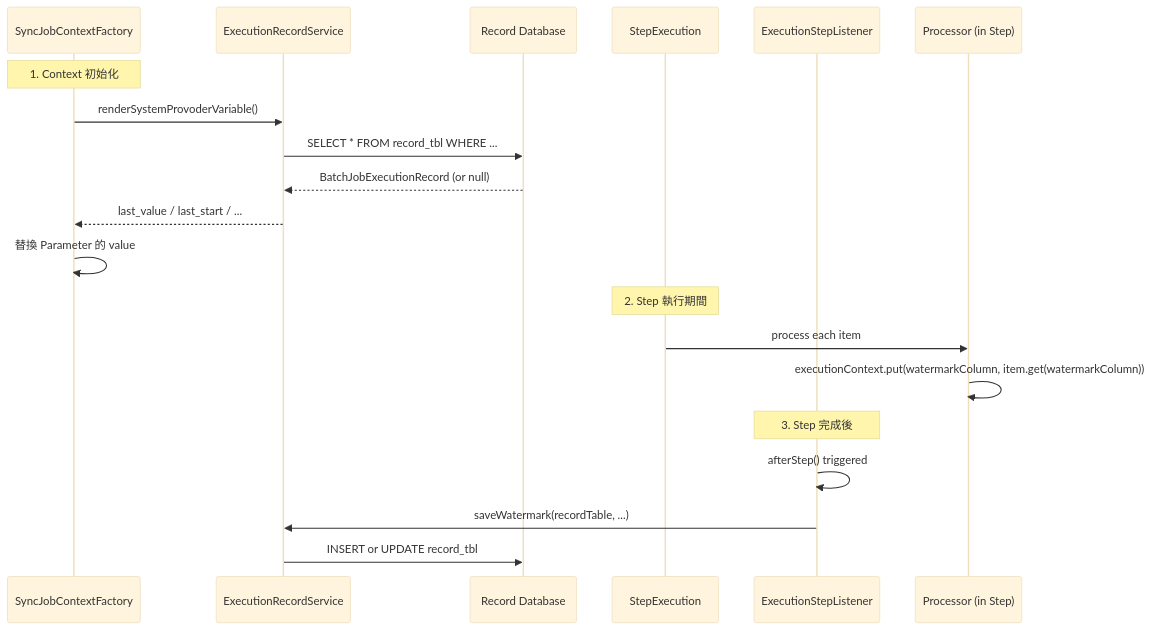
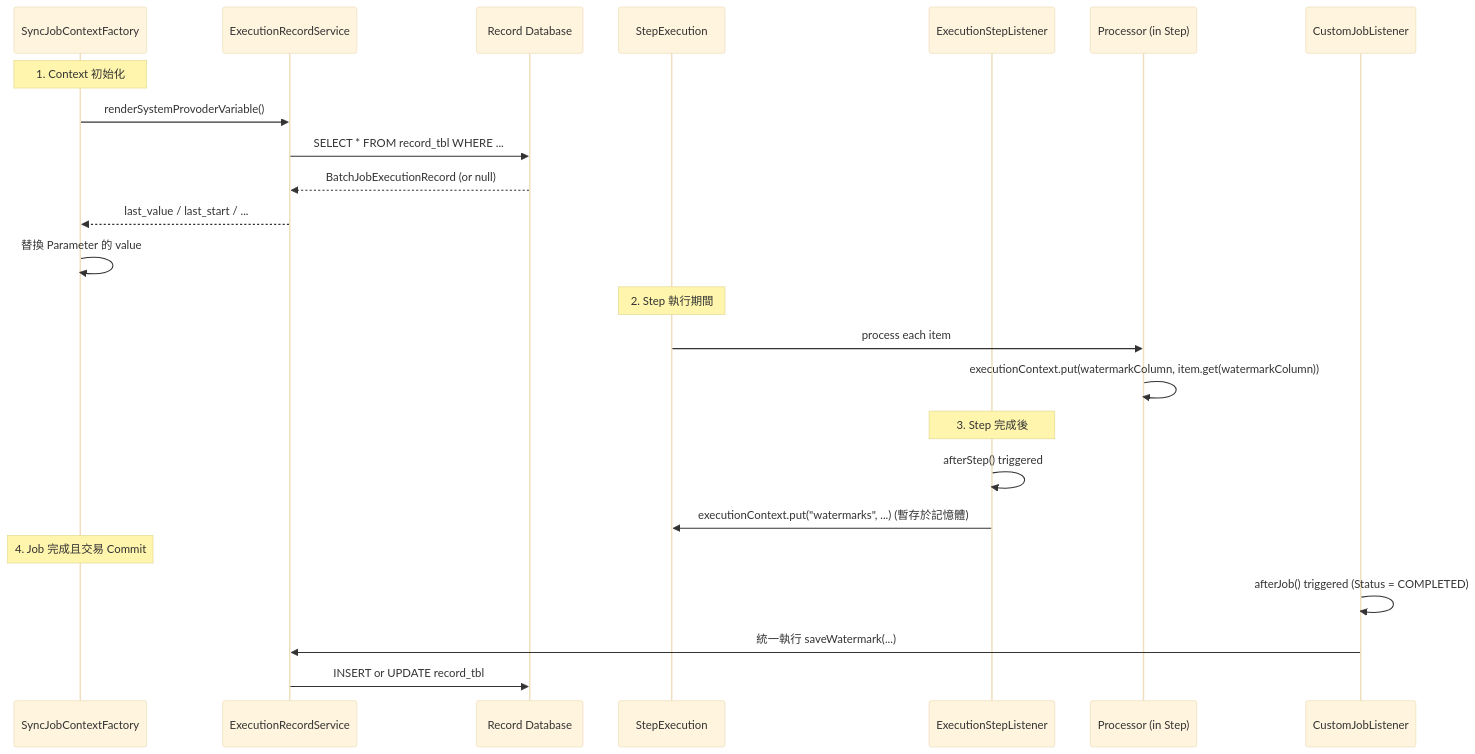
One commit to tibame201020/IrisPipe changed the first of 5 diagrams in backend/docs/architecture/design-patterns.md. Above: the diagram before and after it, drawn with Mermaid (base theme). The commit also changed other lines of this file and 2 other files, not shown here.

Commit message:
patch document

````diff
--- a/backend/docs/architecture/design-patterns.md
+++ b/backend/docs/architecture/design-patterns.md
@@ -31,25 +32,30 @@
 ```mermaid
 sequenceDiagram
     participant Factory as SyncJobContextFactory
     participant ERS as ExecutionRecordService
     participant RecordDB as Record Database
     participant Step as StepExecution
     participant Listener as ExecutionStepListener
     participant Proc as Processor (in Step)
 
     Note over Factory: 1. Context 初始化
     Factory->>ERS: renderSystemProvoderVariable()
     ERS->>RecordDB: SELECT * FROM record_tbl WHERE ...
     RecordDB-->>ERS: BatchJobExecutionRecord (or null)
     ERS-->>Factory: last_value / last_start / ...
     Factory->>Factory: 替換 Parameter 的 value
 
     Note over Step: 2. Step 執行期間
     Step->>Proc: process each item
     Proc->>Proc: executionContext.put(watermarkColumn, item.get(watermarkColumn))
 
     Note over Listener: 3. Step 完成後
     Listener->>Listener: afterStep() triggered
-    Listener->>ERS: saveWatermark(recordTable, ...)
+    Listener->>Step: executionContext.put("watermarks", ...) (暫存於記憶體)
+
+    Note over Factory: 4. Job 完成且交易 Commit
+    participant JL as CustomJobListener
+    JL->>JL: afterJob() triggered (Status = COMPLETED)
+    JL->>ERS: 統一執行 saveWatermark(...)
     ERS->>RecordDB: INSERT or UPDATE record_tbl
 ```
````
